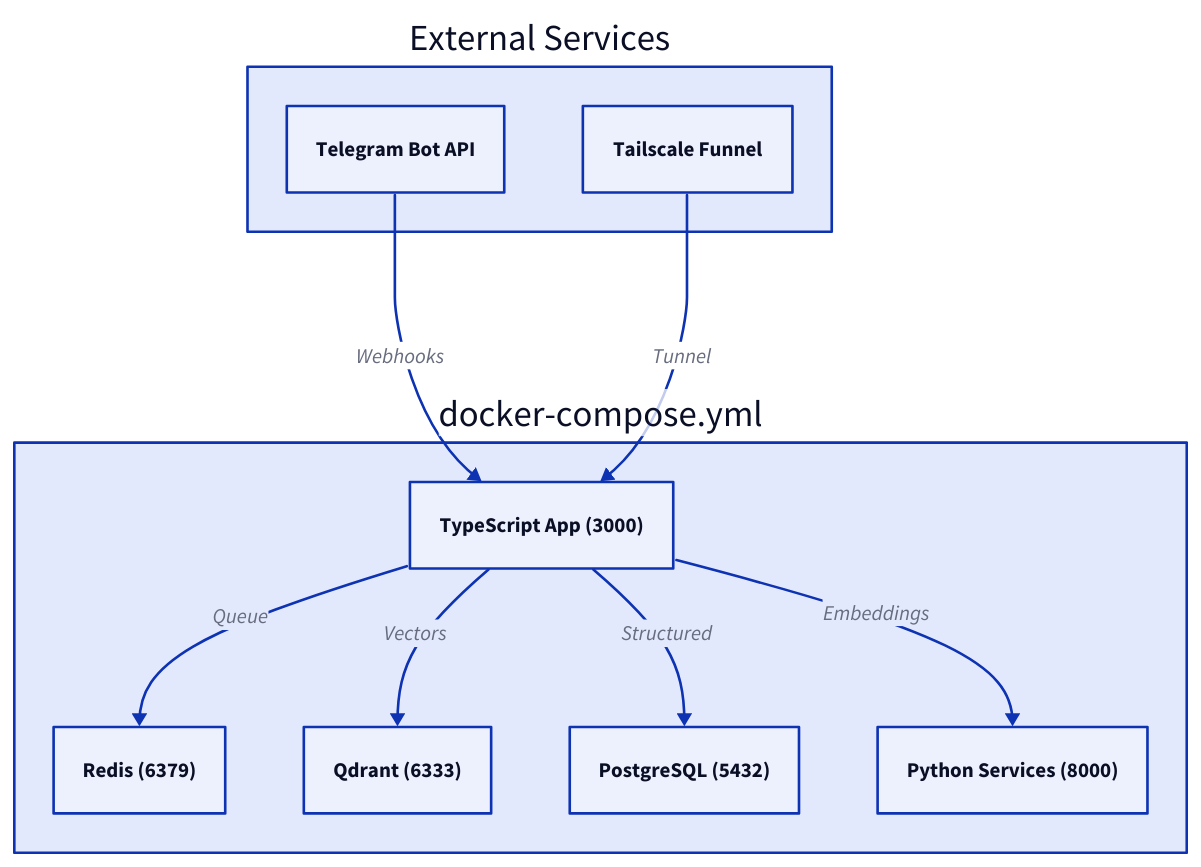
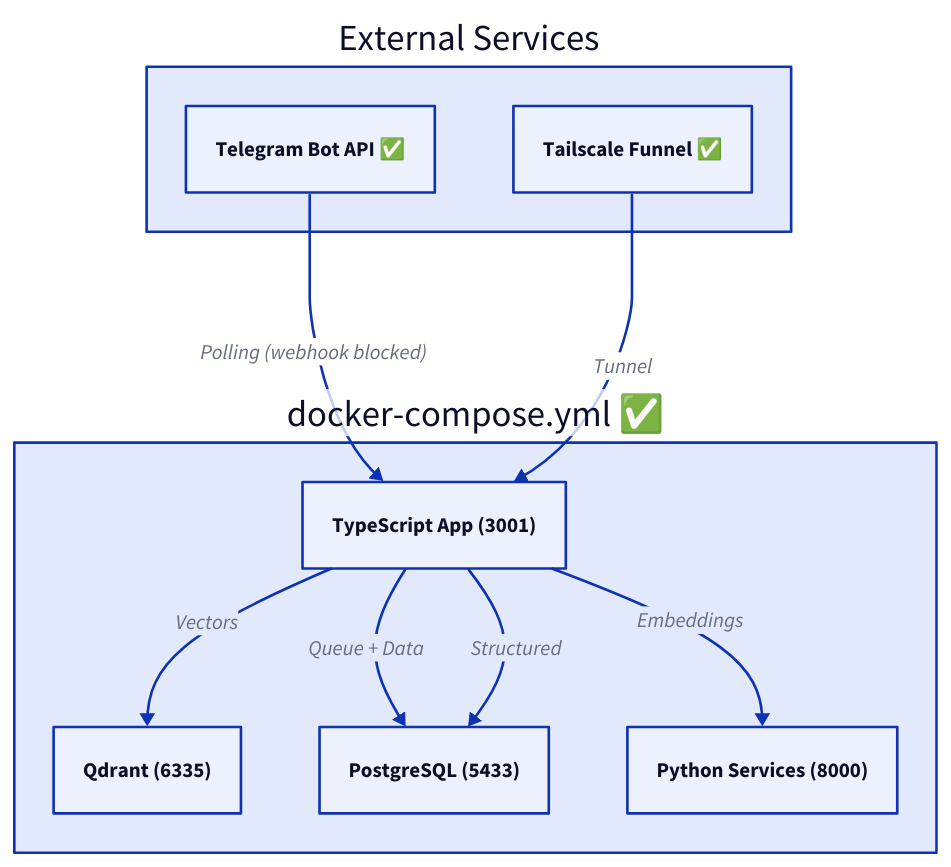
One commit to brucemckayone/knowledge-memory-system changed the second of 7 diagrams in TECHNICAL_PLAN.md. Above: the diagram before and after it, drawn with D2. The commit also changed other lines of this file and 72 other files, not shown here.

````diff
--- a/TECHNICAL_PLAN.md
+++ b/TECHNICAL_PLAN.md
@@ -110,23 +125,22 @@
 ```d2
 direction: down
 
-Docker: docker-compose.yml {
-  Platform: TypeScript App (3000)
-  Redis: Redis (6379)
-  Qdrant: Qdrant (6333)
-  Postgres: PostgreSQL (5432)
+Docker: docker-compose.yml ✅ {
+  Platform: TypeScript App (3001)
+  Qdrant: Qdrant (6335)
+  Postgres: PostgreSQL (5433)
   ML: Python Services (8000)
 }
 
 External: External Services {
-  Tailscale: Tailscale Funnel
-  Telegram: Telegram Bot API
+  Tailscale: Tailscale Funnel ✅
+  Telegram: Telegram Bot API ✅
 }
 
-External.Telegram -> Docker.Platform: Webhooks
+External.Telegram -> Docker.Platform: Polling (webhook blocked)
 External.Tailscale -> Docker.Platform: Tunnel
-Docker.Platform -> Docker.Redis: Queue
+Docker.Platform -> Docker.Postgres: Queue + Data
 Docker.Platform -> Docker.Qdrant: Vectors
 Docker.Platform -> Docker.Postgres: Structured
 Docker.Platform -> Docker.ML: Embeddings
 ```
````
